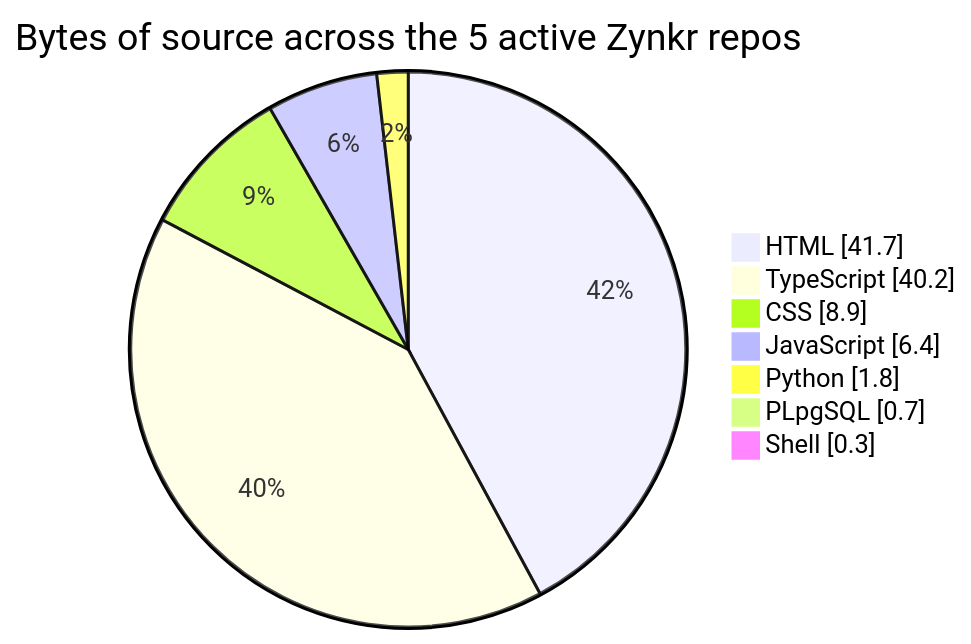
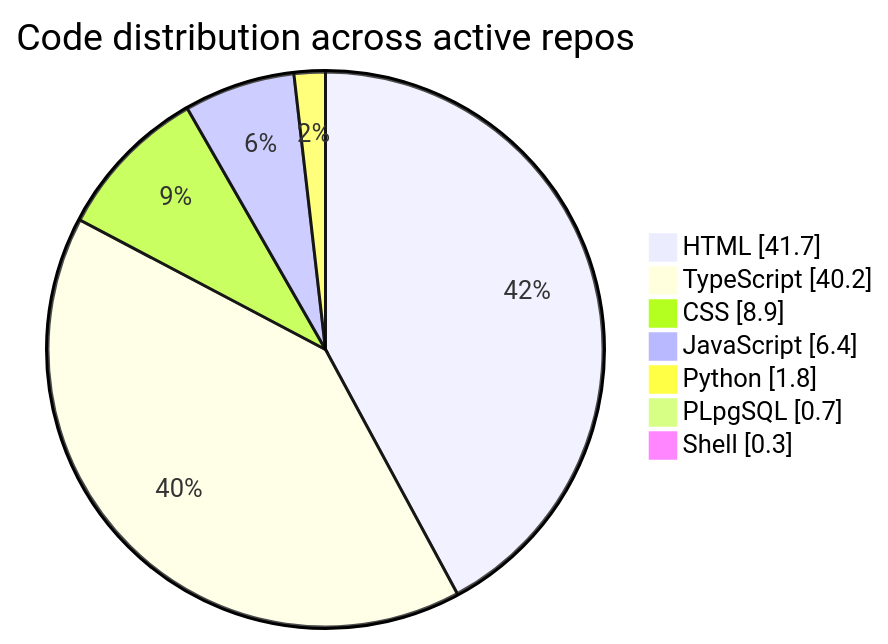
The diagram in README.md (peter-tu-zynkr/peter-tu-zynkr), drawn with Mermaid before and after one commit. The commit also changed other lines of this file, not shown here.

Commit message:
profile: pie chart on-brand — Sage/Ink palette, Matrise title, single Orange dot

````diff
--- a/README.md
+++ b/README.md
@@ -52,11 +52,12 @@
 ```mermaid
+%%{init: {"theme":"base","themeVariables":{"fontFamily":"'Matrise Text Pro','Space Grotesk',Inter,sans-serif","pieTitleTextSize":"20px","pieTitleTextColor":"#0F0F0E","pieSectionTextColor":"#FBF7F0","pieSectionTextSize":"13px","pieLegendTextColor":"#2B2B28","pieLegendTextSize":"13px","pieOuterStrokeColor":"#FBF7F0","pieOuterStrokeWidth":"2px","pieStrokeColor":"#FBF7F0","pieStrokeWidth":"2px","pie1":"#5FA48A","pie2":"#2B2B28","pie3":"#86C4AC","pie4":"#3D3A36","pie5":"#6F6B62","pie6":"#DCEEE6","pie7":"#F26B1F"}}}%%
 pie showData
-    title Bytes of source across the 5 active Zynkr repos
+    title Code distribution across active repos
     "HTML" : 41.7
     "TypeScript" : 40.2
     "CSS" : 8.9
     "JavaScript" : 6.4
     "Python" : 1.8
     "PLpgSQL" : 0.7
     "Shell" : 0.3
 ```
````
